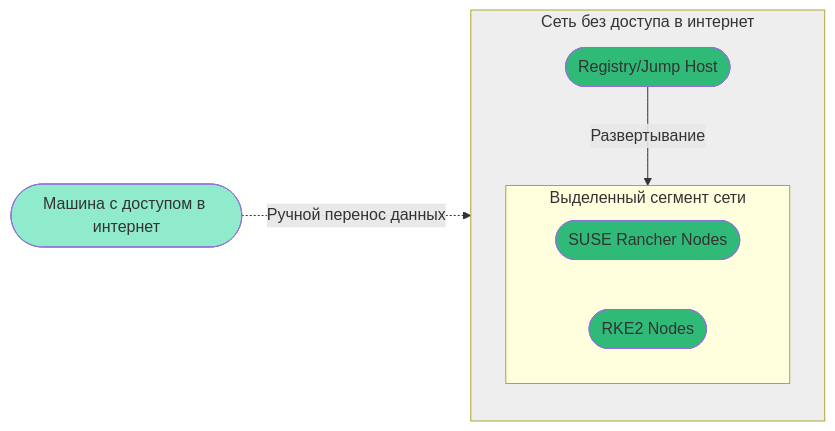
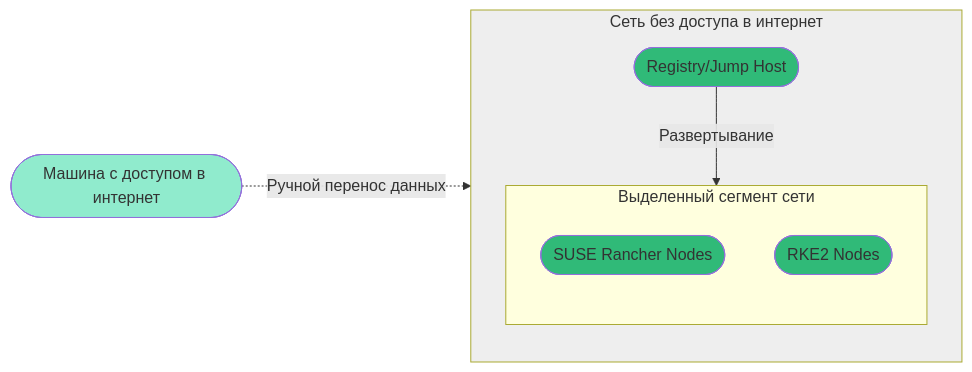
Before and after one commit to ppzhukov/airgap-10.2022: the diagram in README.md, drawn with Mermaid.

````diff
--- a/README.md
+++ b/README.md
@@ -5,20 +5,21 @@
 ```mermaid
 flowchart LR
 style id1 fill:#90EBCD
 style id2 fill:#30BA78
 style id3 fill:#30BA78
 style id4 fill:#30BA78
 style d10 fill:#EEEEEE
 
   id1([Машина с доступом в интернет])
   id1 -.Ручной перенос данных.-> id2  
   subgraph d10 ["Сеть без доступа в интернет"]
-  direction TB
+    direction TB
     id2(["Registry/Jump Host"])
     id2 --> |Развертывание| d30
     subgraph d30 ["Выделенный сегмент сети"]
+      direction TB
       id3([SUSE Rancher Nodes])
       id4([RKE2 Nodes])
     end
   end
 ```
````
